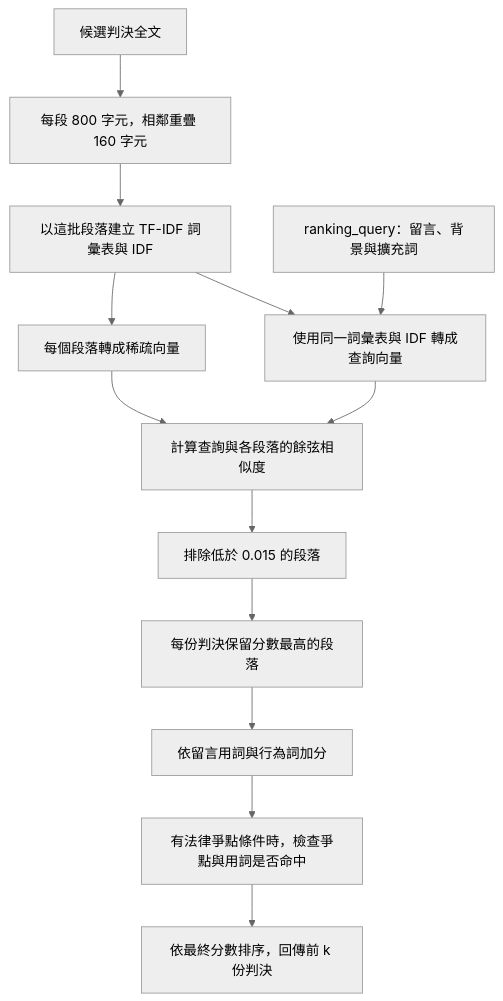
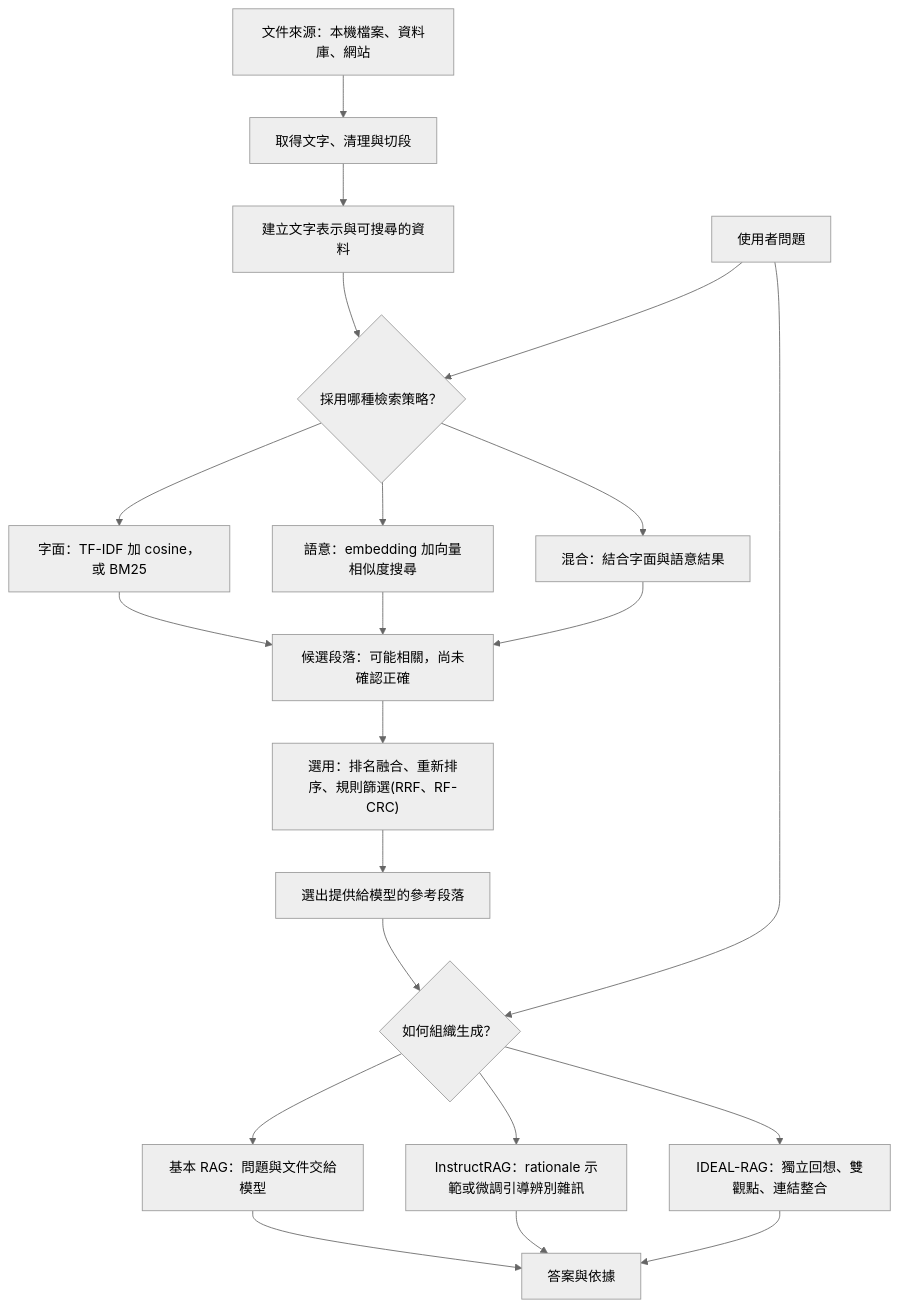
The second of 6 diagrams in 2026/1012-TF-IDF/README.md (OohelloworldoO/Paper-Reading-Notes), drawn with Mermaid (neutral theme) before and after one commit. The commit also changed other lines of this file and 1 other file, not shown here.

````diff
--- a/2026/1012-TF-IDF/README.md
+++ b/2026/1012-TF-IDF/README.md
@@ -48,15 +24,23 @@
 ```mermaid
 flowchart TD
-    A["候選判決全文"] --> B["每段 800 字元，相鄰重疊 160 字元"]
-    B --> C["以這批段落建立 TF-IDF 詞彙表與 IDF"]
-    C --> D["每個段落轉成稀疏向量"]
-    Q["ranking_query：留言、背景與擴充詞"] --> E["使用同一詞彙表與 IDF 轉成查詢向量"]
-    C --> E
-    D --> F["計算查詢與各段落的餘弦相似度"]
-    E --> F
-    F --> G["排除低於 0.015 的段落"]
-    G --> H["每份判決保留分數最高的段落"]
-    H --> I["依留言用詞與行為詞加分"]
-    I --> J["有法律爭點條件時，檢查爭點與用詞是否命中"]
-    J --> K["依最終分數排序，回傳前 k 份判決"]
+    D["文件來源：本機檔案、資料庫、網站"] --> P["取得文字、清理與切段"]
+    P --> I["建立文字表示與可搜尋的資料"]
+    Q["使用者問題"] --> R{"採用哪種檢索策略？"}
+    I --> R
+    R --> A["字面：TF-IDF 加 cosine，或 BM25"]
+    R --> B["語意：embedding 加向量相似度搜尋"]
+    R --> C["混合：結合字面與語意結果"]
+    A --> H["候選段落：可能相關，尚未確認正確"]
+    B --> H
+    C --> H
+    H --> F["選用：排名融合、重新排序、規則篩選(RRF、RF-CRC)"]
+    F --> T["選出提供給模型的參考段落"]
+    T --> G{"如何組織生成？"}
+    Q --> G
+    G --> G1["基本 RAG：問題與文件交給模型"]
+    G --> G2["InstructRAG：rationale 示範或微調引導辨別雜訊"]
+    G --> G3["IDEAL-RAG：獨立回想、雙觀點、連結整合"]
+    G1 --> O["答案與依據"]
+    G2 --> O
+    G3 --> O
 ```
````
